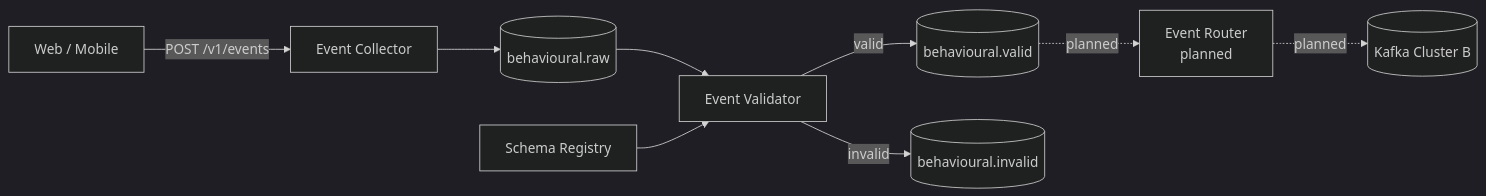
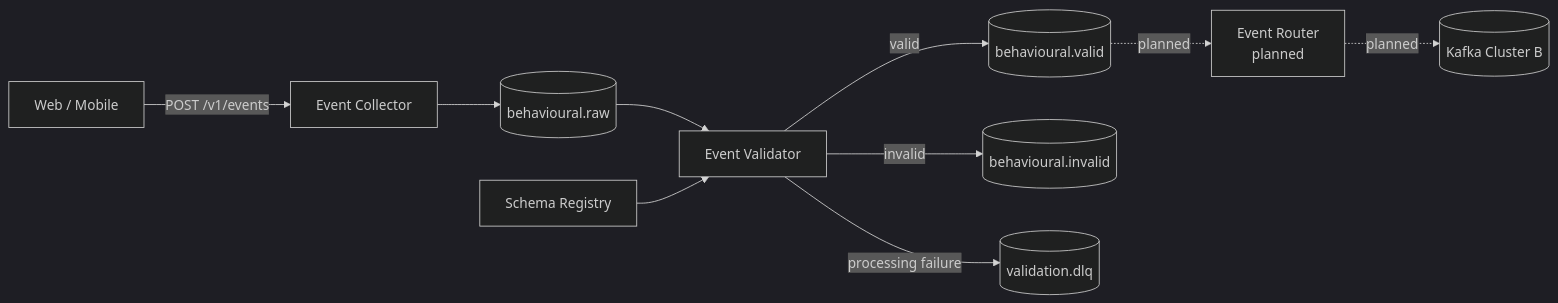
The diagram in README.md (mbelekar/behavioural-event-platform), drawn with Mermaid (dark theme) before and after one commit. The commit also changed other lines of this file, not shown here.

Commit message:
docs: document inspecting and replaying validation.dlq

````diff
--- a/README.md
+++ b/README.md
@@ -47,14 +48,15 @@
 ```mermaid
 flowchart LR
     CLIENT[Web / Mobile] -->|POST /v1/events| COLLECTOR[Event Collector]
     COLLECTOR --> RAW[(behavioural.raw)]
 
     RAW --> VALIDATOR[Event Validator]
     REGISTRY[Schema Registry] --> VALIDATOR
 
     VALIDATOR -->|valid| VALID[(behavioural.valid)]
     VALIDATOR -->|invalid| INVALID[(behavioural.invalid)]
+    VALIDATOR -->|processing failure| DLQ[(validation.dlq)]
 
     VALID -. planned .-> ROUTER[Event Router<br/>planned]
     ROUTER -. planned .-> TARGET[(Kafka Cluster B)]
 ```
````
